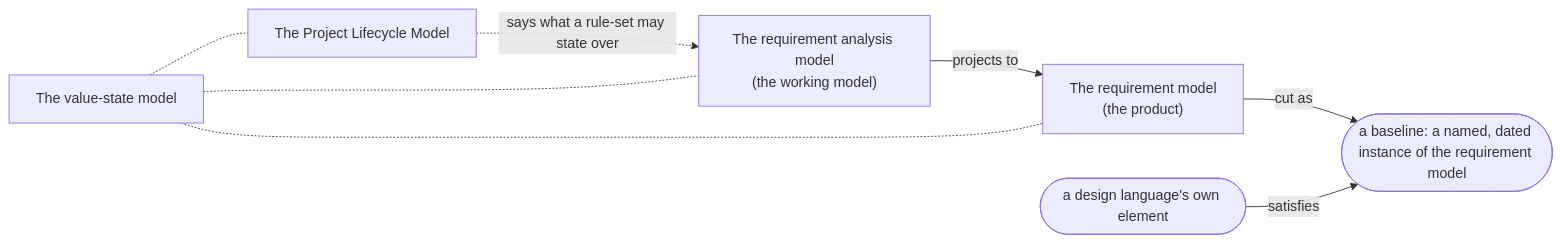
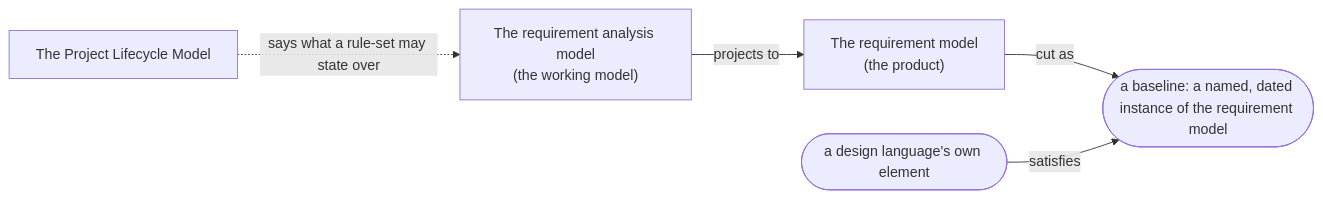
The diagram in spec/00-overview.md (szantob/ProjectML), drawn with Mermaid before and after one commit. The commit also changed other lines of this file and 2 other files, not shown here.

First line of the commit message:
Withdraw the value-state model, fold it into spec/02, and retire the number 04 (K125, K130, K131)

````diff
--- a/spec/00-overview.md
+++ b/spec/00-overview.md
@@ -46,17 +47,13 @@
 ```mermaid
 graph LR
     RAM["The requirement analysis model<br/>(the working model)"]
     RM["The requirement model<br/>(the product)"]
     PLM["The Project Lifecycle Model"]
-    VS["The value-state model"]
     BL(["a baseline: a named, dated instance of the requirement model"])
     DL(["a design language's own element"])
 
     RAM -- "projects to" --> RM
     PLM -. "says what a rule-set may state over" .-> RAM
     RM -- "cut as" --> BL
     DL -- "satisfies" --> BL
-    VS -.- RAM
-    VS -.- RM
-    VS -.- PLM
 ```
````
